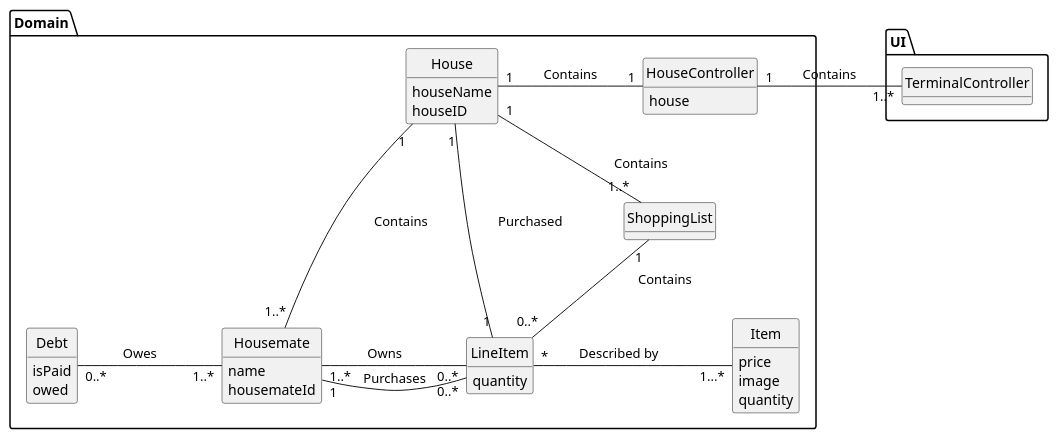
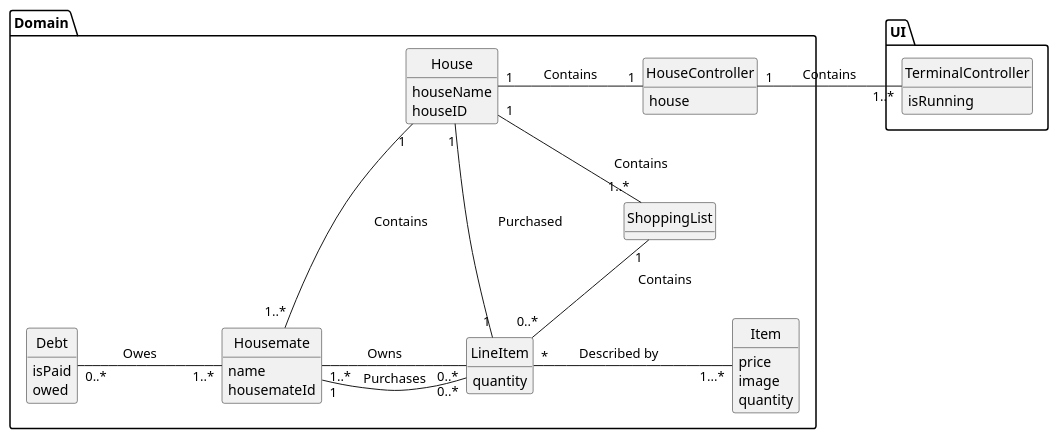
The first of 4 diagrams in doc/design.md (willemnielsen/House-App), drawn with PlantUML before and after one commit. The commit also changed other lines of this file, not shown here.

Commit message:
class diagram complete

````diff
--- a/doc/design.md
+++ b/doc/design.md
@@ -2,57 +2,57 @@
 ```plantuml
 @startuml
 hide circle
 hide empty methods
 
 class UI.TerminalController{
-
+    isRunning
 }
 
 class Domain.HouseController{
     house
 }
 
 class Domain.House{
     houseName
     houseID
 }
 class Domain.ShoppingList{ 
 }
 class Domain.LineItem{
     quantity
 }
 
 class Domain.Item{
     price
     image
     quantity
 }
 
 class Domain.Debt{
     isPaid
     owed
 }
 
 
 class Domain.Housemate{   
     name
     housemateId
 }
 
 ' associations
 Domain.HouseController "1" - "1..*" UI.TerminalController : \tContains\t\t
 Domain.House "1" - "1" Domain.HouseController : \tContains\t\t
 Domain.House "1" -- "1..*" Domain.Housemate : \tContains\t\t
 Domain.House "1" -- "1..*" Domain.ShoppingList : \tContains\t\t
 Domain.House "1" -- "1" Domain.LineItem : \tPurchased\t\t
 Domain.Housemate "1..*" - "0..*" Domain.LineItem : \tOwns\t\t
 Domain.ShoppingList "1" -- "0..*" Domain.LineItem : \tContains\t\t
 Domain.LineItem "*" - "1...*" Domain.Item : \tDescribed by \t\t
 Domain.Housemate "1..*" -left- "0..*" Domain.Debt : \tOwes\t\t
 Domain.Housemate "1" - "0..*" Domain.LineItem : Purchases
 @enduml
 
 
 
 
 ```
````
